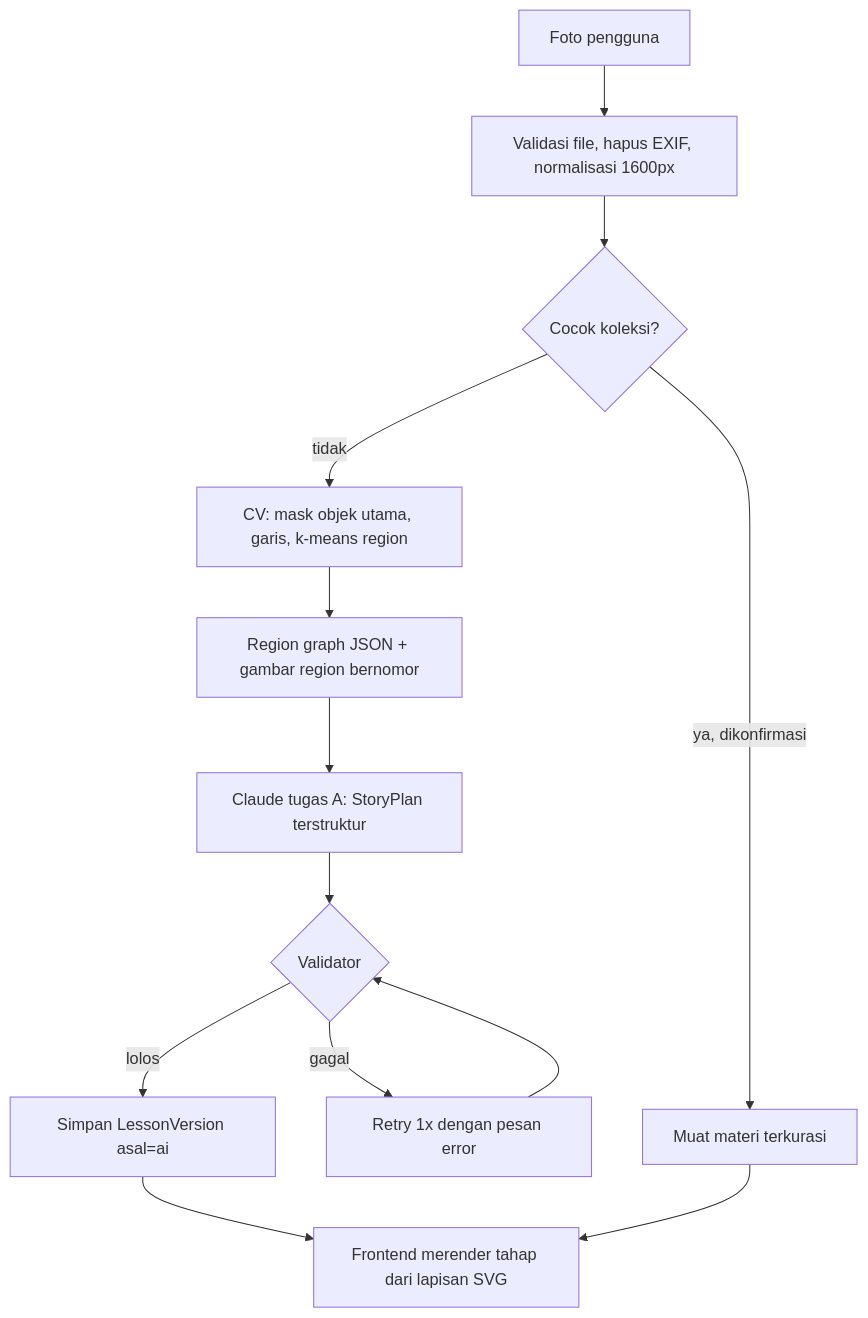
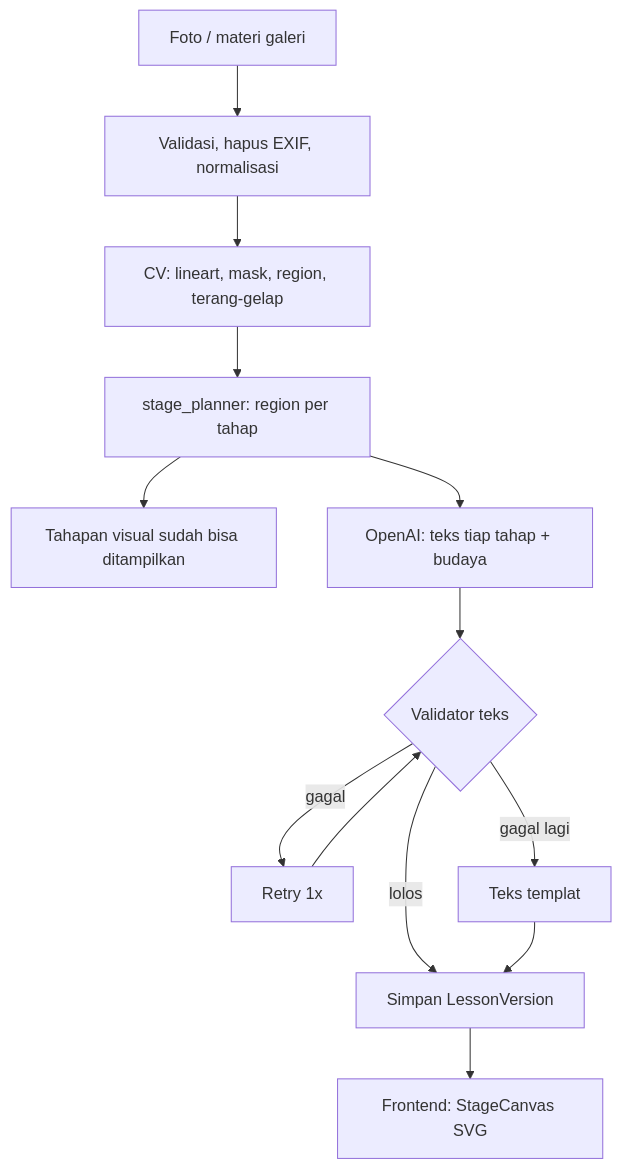
The first of 2 diagrams in RENCANA_PENGERJAAN.md (iqbalvrd/Rerupa), drawn with Mermaid before and after one commit. The commit also changed other lines of this file and 5 other files, not shown here.

First line of the commit message:
PRD v1.3, rencana v1.2, solusi risiko, ERD, dan arsitektur sistem

````diff
--- a/RENCANA_PENGERJAAN.md
+++ b/RENCANA_PENGERJAAN.md
@@ -138,14 +149,14 @@
 ```mermaid
 flowchart TD
-    A[Foto pengguna] --> B[Validasi file, hapus EXIF, normalisasi 1600px]
-    B --> C{Cocok koleksi?}
-    C -- ya, dikonfirmasi --> K[Muat materi terkurasi]
-    C -- tidak --> D[CV: mask objek utama, garis, k-means region]
-    D --> E[Region graph JSON + gambar region bernomor]
-    E --> F[Claude tugas A: StoryPlan terstruktur]
-    F --> G{Validator}
-    G -- gagal --> F2[Retry 1x dengan pesan error] --> G
-    G -- lolos --> H[Simpan LessonVersion asal=ai]
-    H --> I[Frontend merender tahap dari lapisan SVG]
-    K --> I
+    A[Foto / materi galeri] --> B[Validasi, hapus EXIF, normalisasi]
+    B --> C[CV: lineart, mask, region, terang-gelap]
+    C --> D[stage_planner: region per tahap]
+    D --> R[Tahapan visual sudah bisa ditampilkan]
+    D --> E[OpenAI: teks tiap tahap + budaya]
+    E --> F{Validator teks}
+    F -- gagal --> E2[Retry 1x] --> F
+    F -- gagal lagi --> T[Teks templat]
+    F -- lolos --> G[Simpan LessonVersion]
+    T --> G
+    G --> H[Frontend: StageCanvas SVG]
 ```
````
